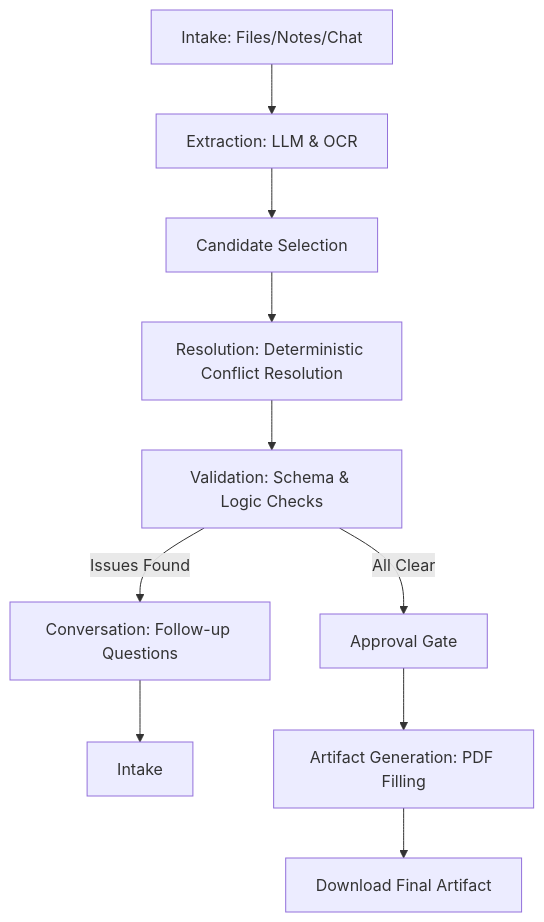
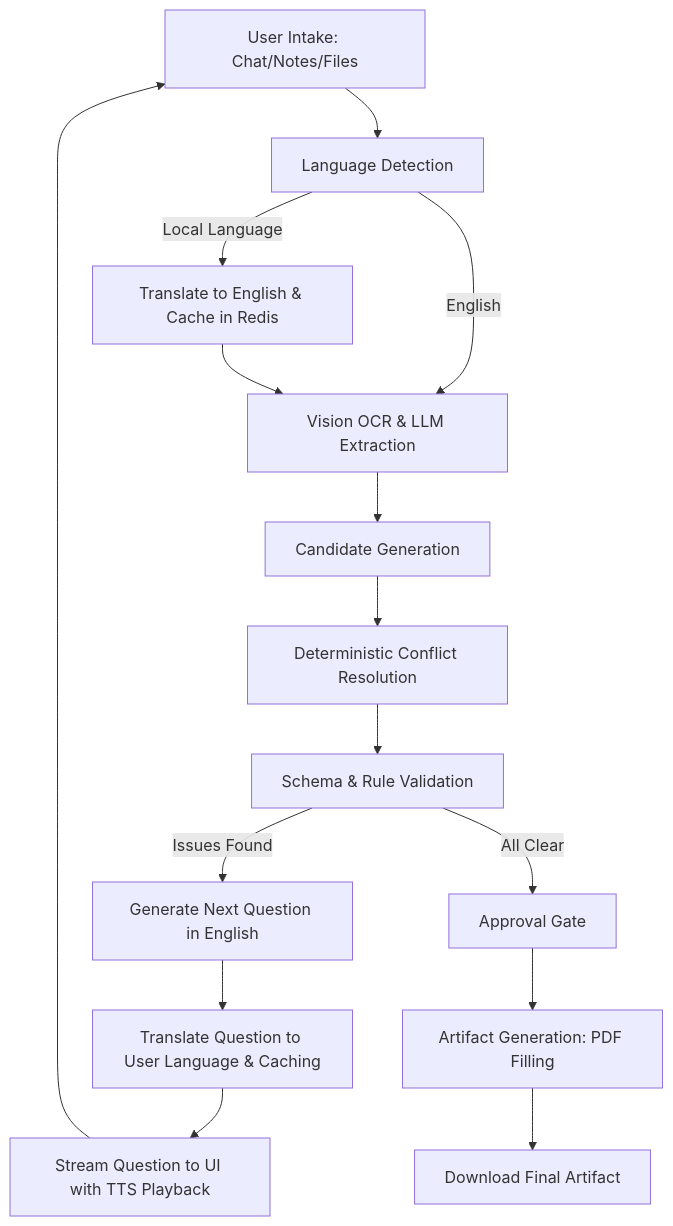
The second of 2 diagrams in README.md (Hari31416/FormFoundry), drawn with Mermaid before and after one commit. The commit also changed other lines of this file and 12 other files, not shown here.

````diff
--- a/README.md
+++ b/README.md
@@ -80,14 +90,19 @@
 ```mermaid
 flowchart TD
-    Start[Intake: Files/Notes/Chat] --> Extraction[Extraction: LLM & OCR]
-    Extraction --> Candidates[Candidate Selection]
-    Candidates --> Resolution[Resolution: Deterministic Conflict Resolution]
-    Resolution --> Validation[Validation: Schema & Logic Checks]
+    Intake[User Intake: Chat/Notes/Files] --> LangDetect[Language Detection]
+    LangDetect -- Local Language --> Translate[Translate to English & Cache in Redis]
+    LangDetect -- English --> OCR[Vision OCR & LLM Extraction]
+    Translate --> OCR
+    OCR --> Candidates[Candidate Generation]
+    Candidates --> Resolution[Deterministic Conflict Resolution]
+    Resolution --> Validation[Schema & Rule Validation]
 
-    Validation -- Issues Found --> Conversation[Conversation: Follow-up Questions]
+    Validation -- Issues Found --> GenQuestion[Generate Next Question in English]
+    GenQuestion --> OutTranslate[Translate Question to User Language & Caching]
+    OutTranslate --> Conversation[Stream Question to UI with TTS Playback]
     Conversation --> Intake
 
     Validation -- All Clear --> Approval[Approval Gate]
     Approval --> Artifact[Artifact Generation: PDF Filling]
     Artifact --> End[Download Final Artifact]
 ```
````
